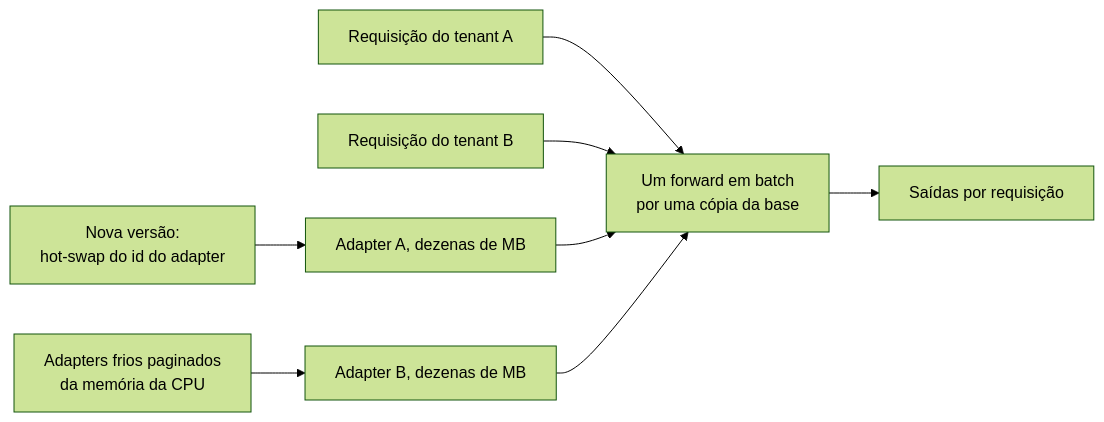
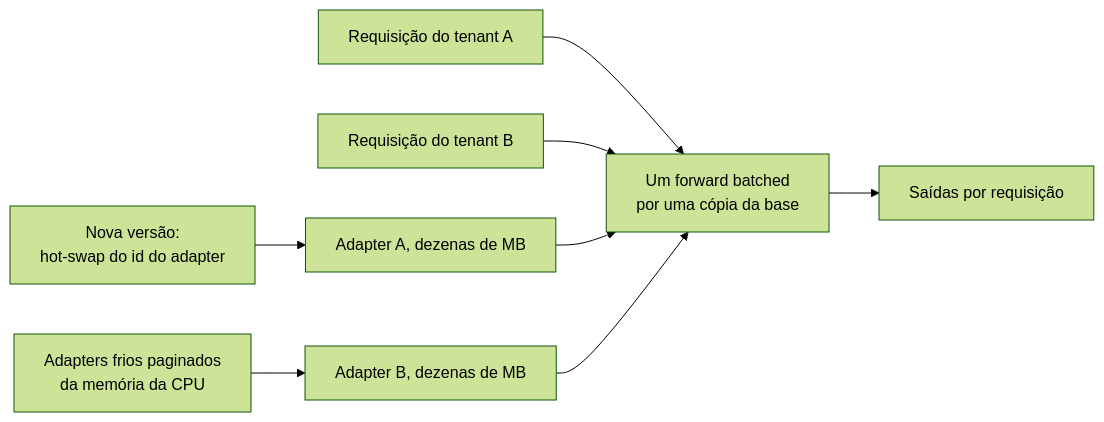
The ninth of 29 diagrams in 05-fine-tuning-and-alignment/questions.pt-BR.md (andrevberaldo/AI-Engineer-Interview-Questions), drawn with Mermaid (forest theme) before and after one commit. The commit also changed other lines of this file and 1 other file, not shown here.

````diff
--- a/05-fine-tuning-and-alignment/questions.pt-BR.md
+++ b/05-fine-tuning-and-alignment/questions.pt-BR.md
@@ -440,10 +440,10 @@
 ```mermaid
 flowchart LR
-    R1["Requisição do tenant A"] --> P["Um forward em batch<br/>por uma cópia da base"]
+    R1["Requisição do tenant A"] --> P["Um forward batched<br/>por uma cópia da base"]
     R2["Requisição do tenant B"] --> P
     LA["Adapter A, dezenas de MB"] --> P
     LB["Adapter B, dezenas de MB"] --> P
     P --> OUT["Saídas por requisição"]
     COLD["Adapters frios paginados<br/>da memória da CPU"] --> LB
     NEW["Nova versão:<br/>hot-swap do id do adapter"] --> LA
 ```
````
